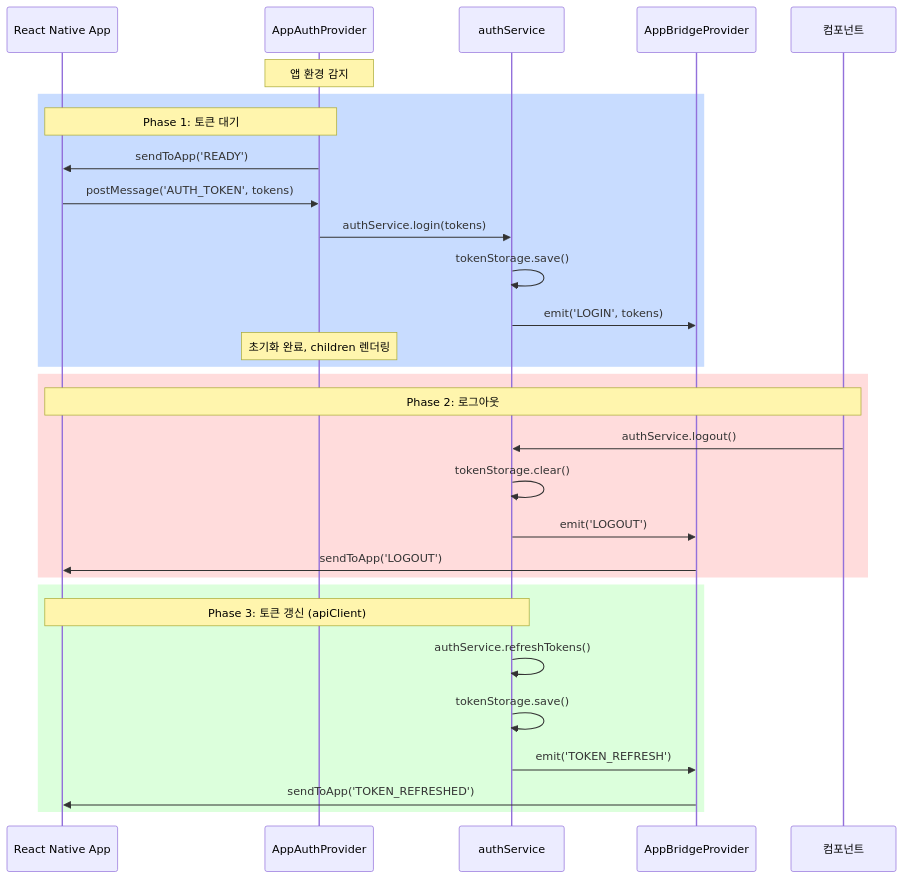
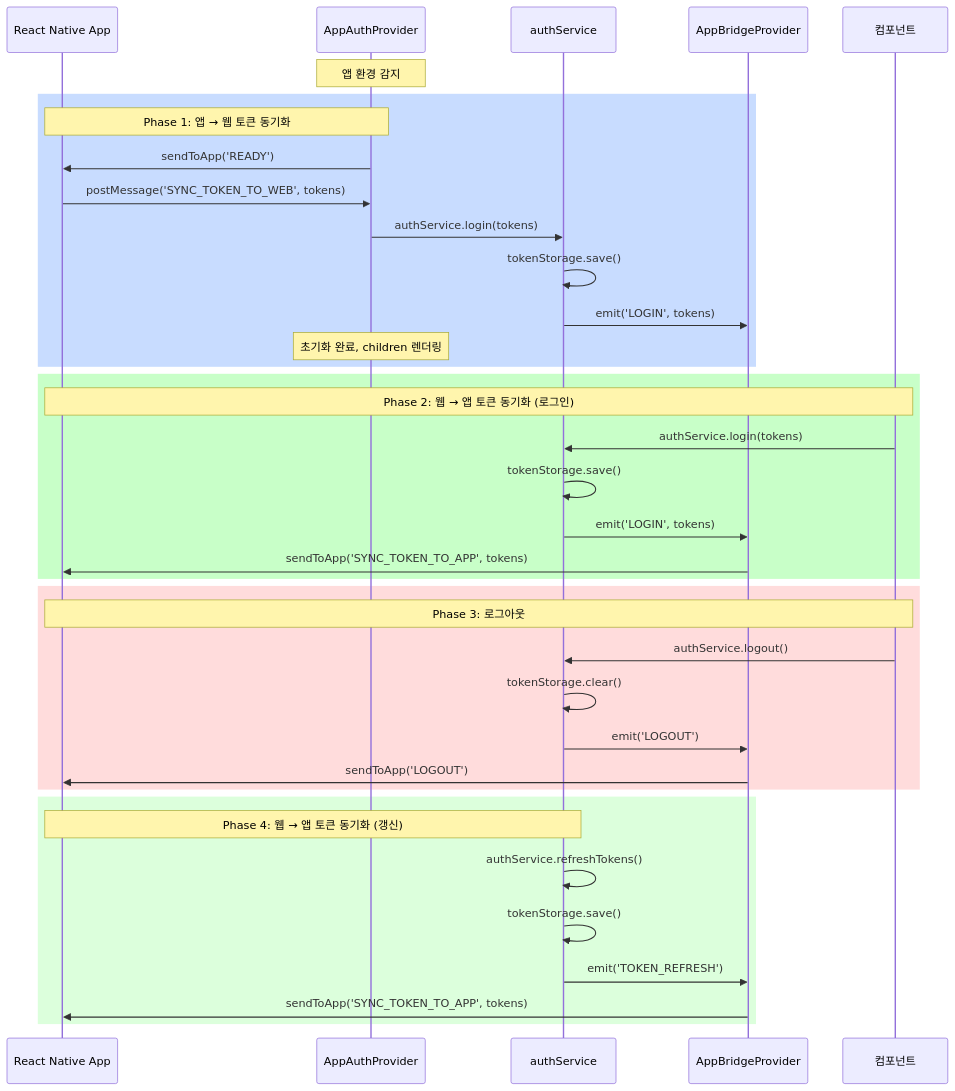
Before and after one commit to DDD-Community/DDD-12-GROWIT-FE: the fourth of 6 diagrams in docs/tasks/auth-refactoring-and-app-bridge.md, drawn with Mermaid. The commit also changed other lines of this file and 3 other files, not shown here.

First line of the commit message:
feat: 웹뷰 내 로그인 시 앱 토큰 동기화 추가

````diff
--- a/docs/tasks/auth-refactoring-and-app-bridge.md
+++ b/docs/tasks/auth-refactoring-and-app-bridge.md
@@ -1008,39 +1015,48 @@
 ```mermaid
 sequenceDiagram
     participant App as React Native App
     participant Provider as AppAuthProvider
     participant AuthService as authService
     participant Bridge as AppBridgeProvider
     participant Component as 컴포넌트
 
     Note over Provider: 앱 환경 감지
 
-    %% 1. 토큰 대기
+    %% 1. 앱에서 웹으로 토큰 동기화
     rect rgb(200, 220, 255)
-        Note over Provider,App: Phase 1: 토큰 대기
+        Note over Provider,App: Phase 1: 앱 → 웹 토큰 동기화
         Provider->>App: sendToApp('READY')
-        App->>Provider: postMessage('AUTH_TOKEN', tokens)
+        App->>Provider: postMessage('SYNC_TOKEN_TO_WEB', tokens)
         Provider->>AuthService: authService.login(tokens)
         AuthService->>AuthService: tokenStorage.save()
         AuthService->>Bridge: emit('LOGIN', tokens)
         Note over Provider: 초기화 완료, children 렌더링
     end
 
-    %% 2. 로그아웃
+    %% 2. 웹뷰 내 로그인 → 앱에 토큰 동기화
+    rect rgb(200, 255, 200)
+        Note over Component,App: Phase 2: 웹 → 앱 토큰 동기화 (로그인)
+        Component->>AuthService: authService.login(tokens)
+        AuthService->>AuthService: tokenStorage.save()
+        AuthService->>Bridge: emit('LOGIN', tokens)
+        Bridge->>App: sendToApp('SYNC_TOKEN_TO_APP', tokens)
+    end
+
+    %% 3. 로그아웃
     rect rgb(255, 220, 220)
-        Note over Component,App: Phase 2: 로그아웃
+        Note over Component,App: Phase 3: 로그아웃
         Component->>AuthService: authService.logout()
         AuthService->>AuthService: tokenStorage.clear()
         AuthService->>Bridge: emit('LOGOUT')
         Bridge->>App: sendToApp('LOGOUT')
     end
 
-    %% 3. 토큰 갱신
+    %% 4. 토큰 갱신
     rect rgb(220, 255, 220)
-        Note over AuthService,App: Phase 3: 토큰 갱신 (apiClient)
+        Note over AuthService,App: Phase 4: 웹 → 앱 토큰 동기화 (갱신)
         AuthService->>AuthService: authService.refreshTokens()
         AuthService->>AuthService: tokenStorage.save()
         AuthService->>Bridge: emit('TOKEN_REFRESH')
-        Bridge->>App: sendToApp('TOKEN_REFRESHED')
+        Bridge->>App: sendToApp('SYNC_TOKEN_TO_APP', tokens)
     end
 ```
````
